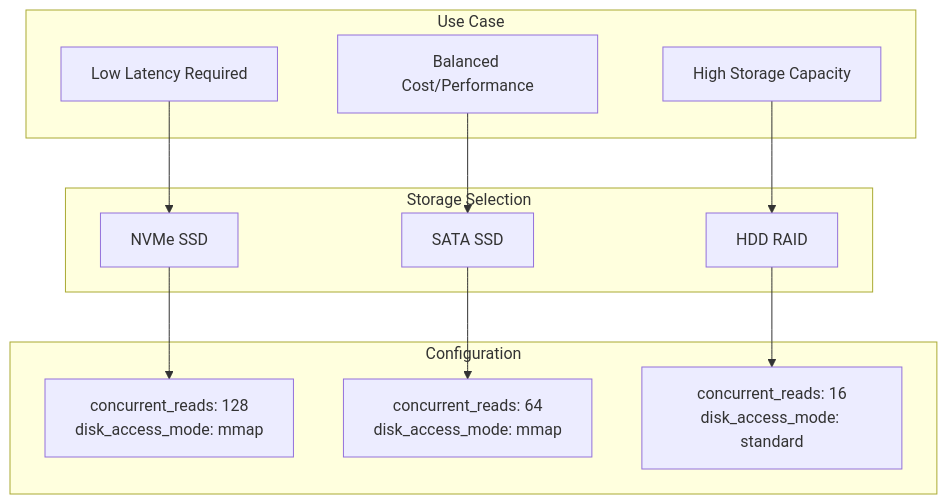
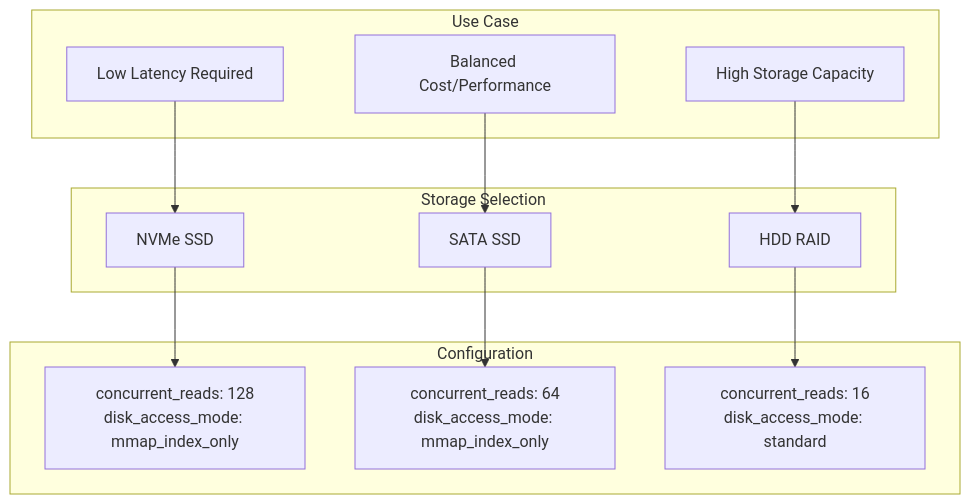
One commit to OneUptime/blog changed the fourth of 5 diagrams in posts/2026-01-27-cassandra-performance-tuning/README.md. Above: the diagram before and after it, drawn with Mermaid. The commit also changed other lines of this file and 2 other files, not shown here.

````diff
--- a/posts/2026-01-27-cassandra-performance-tuning/README.md
+++ b/posts/2026-01-27-cassandra-performance-tuning/README.md
@@ -541,28 +558,28 @@
 ```mermaid
 flowchart TD
     subgraph Storage["Storage Selection"]
         SSD[NVMe SSD]
         SATA[SATA SSD]
         HDD[HDD RAID]
     end
 
     subgraph Use["Use Case"]
         LP[Low Latency Required]
         BC[Balanced Cost/Performance]
         HS[High Storage Capacity]
     end
 
     LP --> SSD
     BC --> SATA
     HS --> HDD
 
     subgraph Config["Configuration"]
-        S1[concurrent_reads: 128<br/>disk_access_mode: mmap]
-        S2[concurrent_reads: 64<br/>disk_access_mode: mmap]
+        S1[concurrent_reads: 128<br/>disk_access_mode: mmap_index_only]
+        S2[concurrent_reads: 64<br/>disk_access_mode: mmap_index_only]
         S3[concurrent_reads: 16<br/>disk_access_mode: standard]
     end
 
     SSD --> S1
     SATA --> S2
     HDD --> S3
 ```
````
